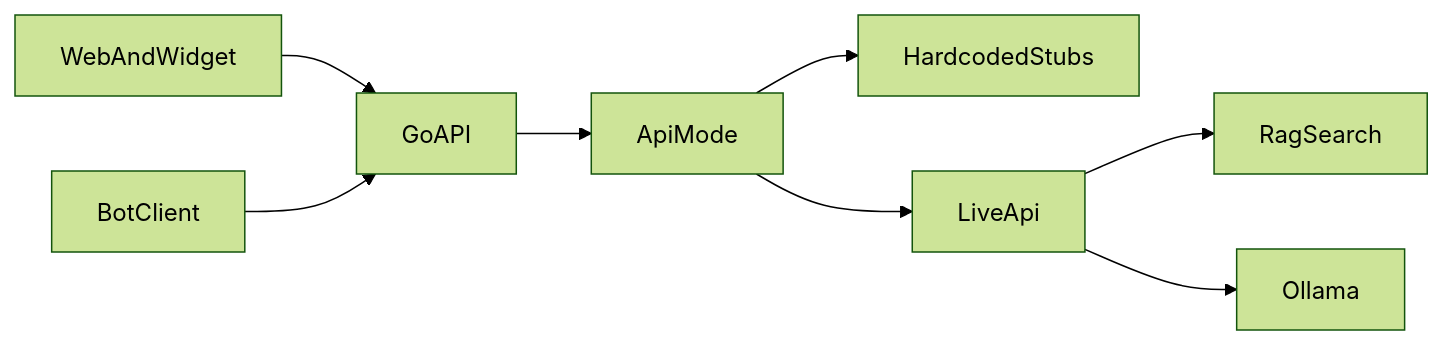
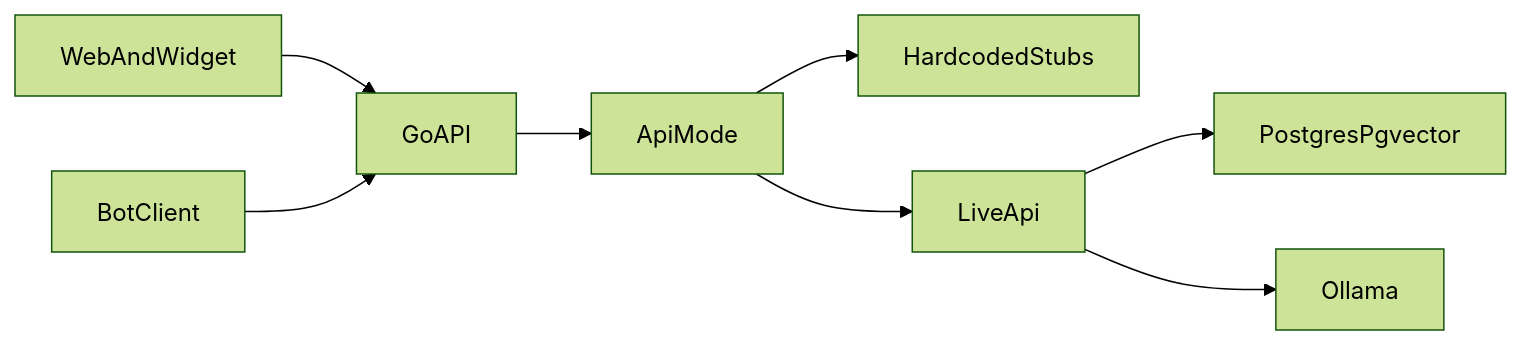
One commit to zlaya-it-clinika/DocsSearch changed the diagram in README.md. Above: the diagram before and after it, drawn with Mermaid (forest theme). The commit also changed other lines of this file and 8 other files, not shown here.

````diff
--- a/README.md
+++ b/README.md
@@ -50,10 +50,10 @@
 ```mermaid
 flowchart LR
   webUi[WebAndWidget] --> coreApi[GoAPI]
   botClient[BotClient] --> coreApi
   coreApi --> modeSwitch[ApiMode]
   modeSwitch --> stubs[HardcodedStubs]
   modeSwitch --> liveApi[LiveApi]
-  liveApi --> rag[RagSearch]
+  liveApi --> postgres[PostgresPgvector]
   liveApi --> ollama[Ollama]
 ```
````
